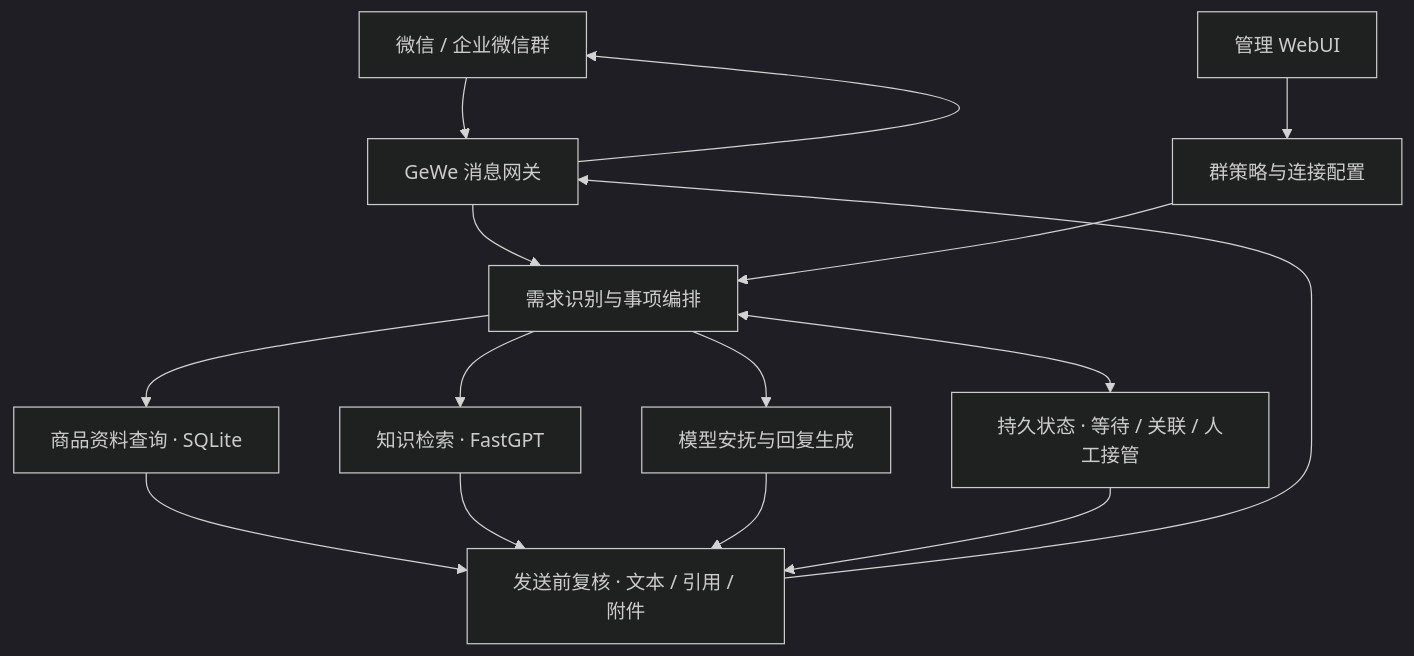
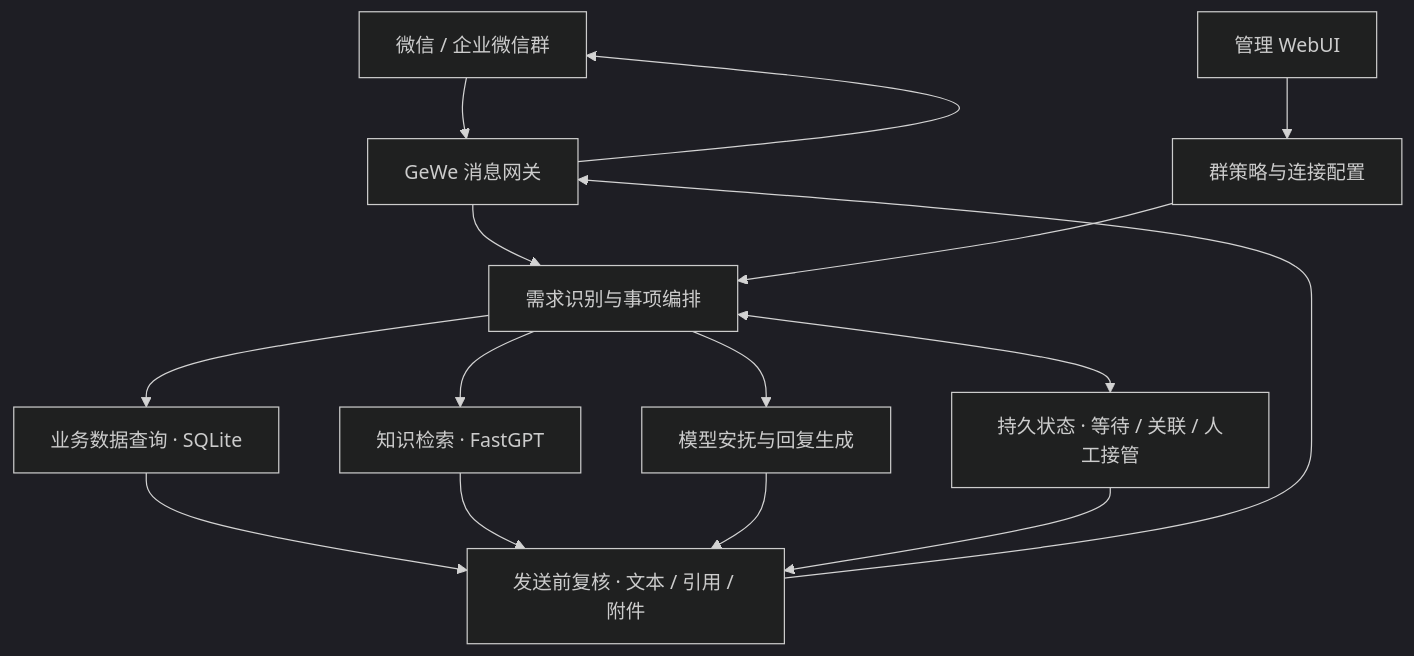
One commit to LengXi-CS/AI-CustomerService changed the diagram in README.md. Above: the diagram before and after it, drawn with Mermaid (dark theme). The commit also changed other lines of this file and 7 other files, not shown here.

Commit message:
docs: 通用化Agent介绍与截图并忽略本地测试图片

````diff
--- a/README.md
+++ b/README.md
@@ -58,17 +54,17 @@
 ```mermaid
 flowchart TD
     Chat["微信 / 企业微信群"] --> GeWe["GeWe 消息网关"]
     GeWe --> Engine["需求识别与事项编排"]
-    Engine --> Data["商品资料查询 · SQLite"]
+    Engine --> Data["业务数据查询 · SQLite"]
     Engine --> RAG["知识检索 · FastGPT"]
     Engine --> Model["模型安抚与回复生成"]
     Engine <--> State["持久状态 · 等待 / 关联 / 人工接管"]
     Data --> Send["发送前复核 · 文本 / 引用 / 附件"]
     RAG --> Send
     Model --> Send
     State --> Send
     Send --> GeWe
     GeWe --> Chat
     Admin["管理 WebUI"] --> Config["群策略与连接配置"]
     Config --> Engine
 ```
````
